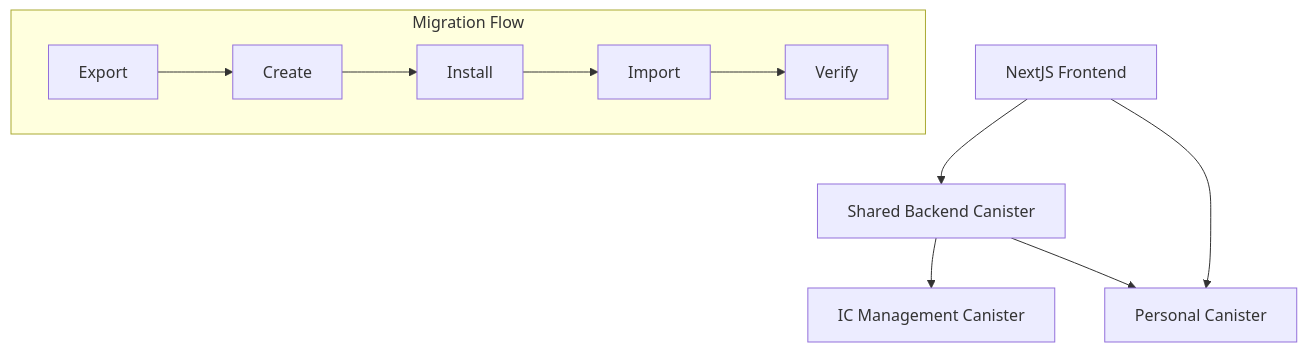
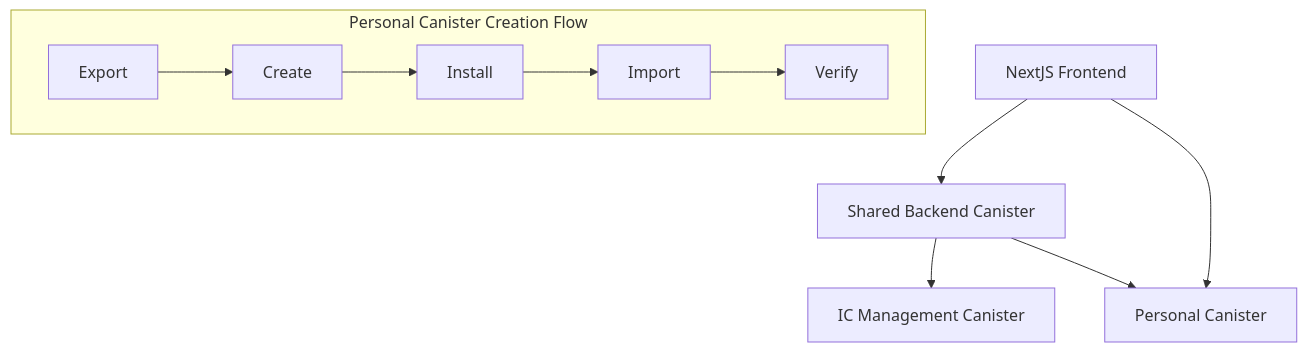
One commit to 552020/futura_alpha_icp changed the diagram in .kiro/specs/backend-canister-factory/design.md. Above: the diagram before and after it, drawn with Mermaid. The commit also changed other lines of this file and 35 other files, not shown here.

````diff
--- a/.kiro/specs/backend-canister-factory/design.md
+++ b/.kiro/specs/backend-canister-factory/design.md
@@ -11,14 +11,14 @@
 ```mermaid
 graph TB
     Frontend[NextJS Frontend] --> Backend[Shared Backend Canister]
     Frontend --> PersonalCanister[Personal Canister]
     Backend --> ICManagement[IC Management Canister]
     Backend --> PersonalCanister
 
-    subgraph "Migration Flow"
+    subgraph "Personal Canister Creation Flow"
         Export[Export] --> Create[Create]
         Create --> Install[Install]
         Install --> Import[Import]
         Import --> Verify[Verify]
     end
 ```
````
